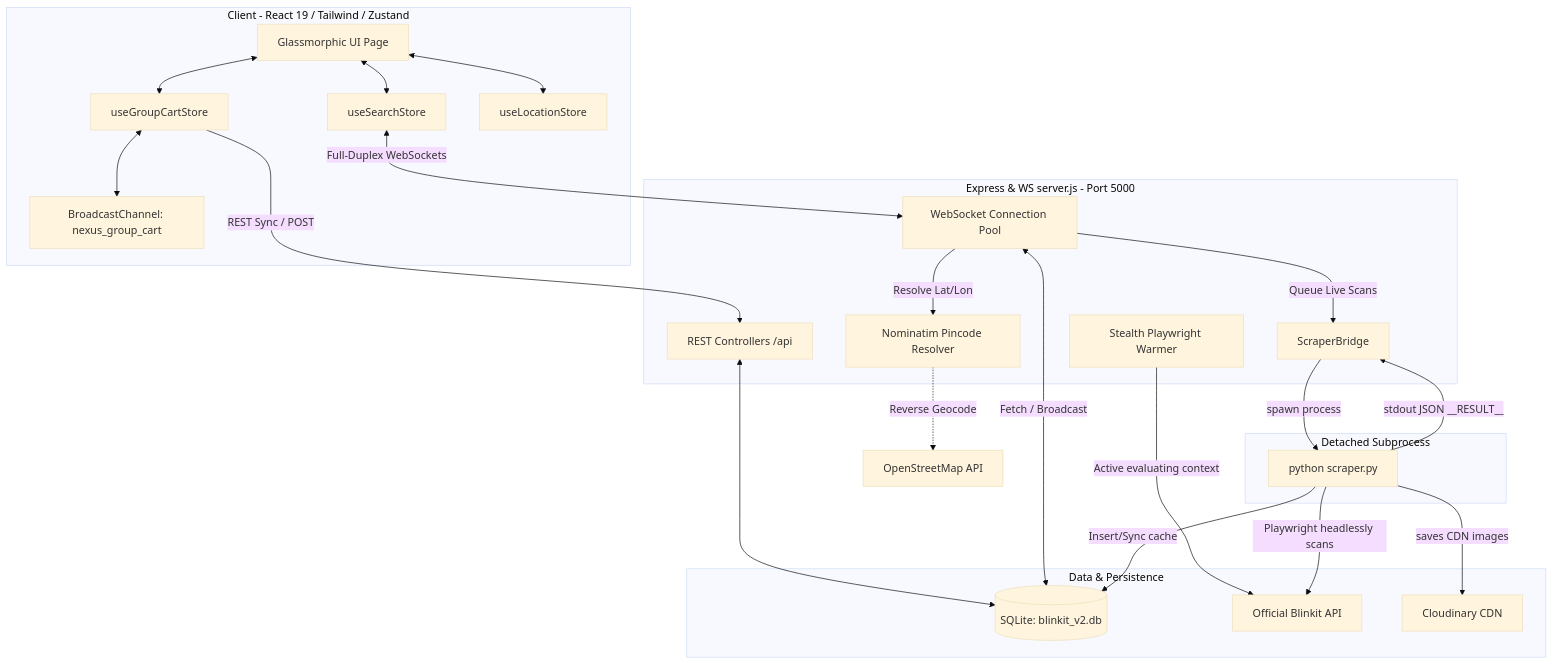
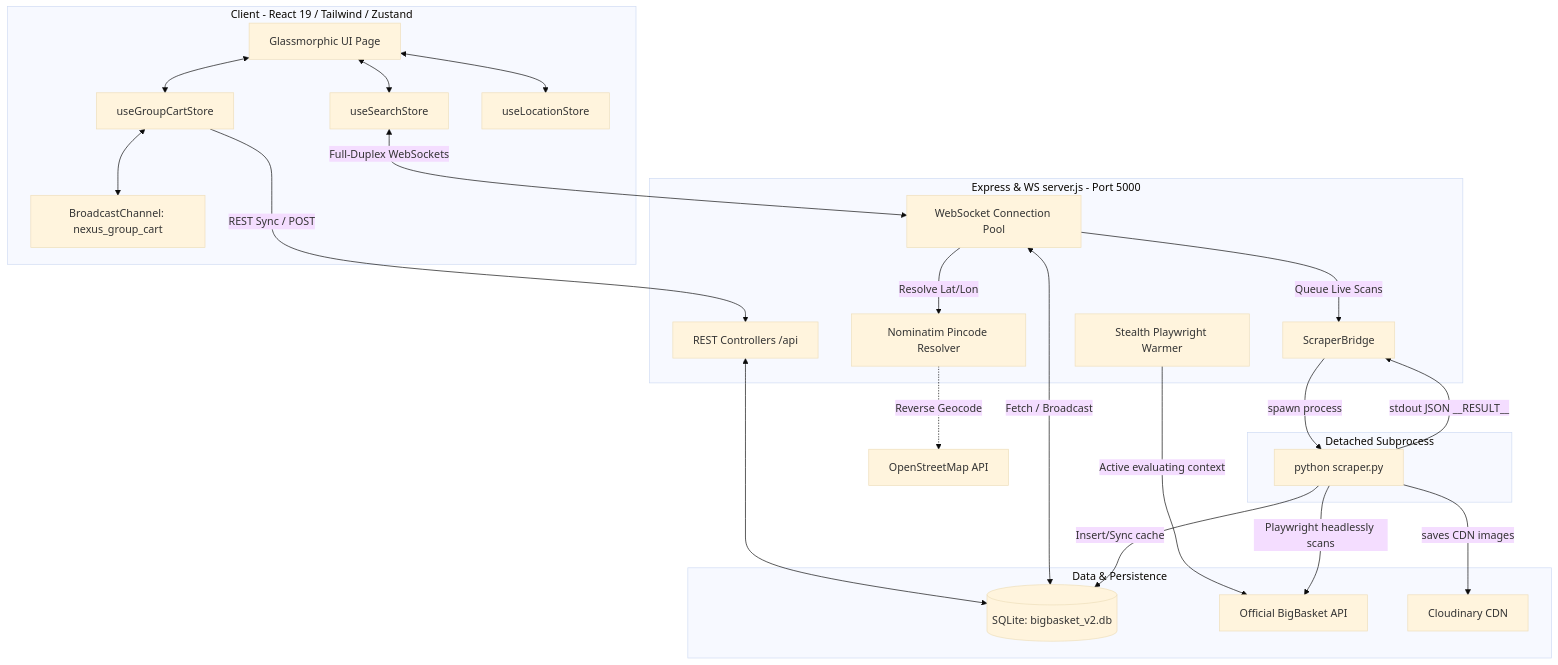
One commit to Vedant1442/NexusBigbasket changed the first of 2 diagrams in README.md. Above: the diagram before and after it, drawn with Mermaid (base theme). The commit also changed other lines of this file and 55 other files, not shown here.

First line of the commit message:
Switch Blinkit to BigBasket; add MongoDB & scrapers

````diff
--- a/README.md
+++ b/README.md
@@ -13,54 +13,54 @@
 ```mermaid
 flowchart TB
     %% Nodes
     subgraph Frontend [Client - React 19 / Tailwind / Zustand]
         UI[Glassmorphic UI Page]
         ZSearch[useSearchStore]
         ZGroup[useGroupCartStore]
         ZLoc[useLocationStore]
         BC[BroadcastChannel: nexus_group_cart]
     end
 
     subgraph Backend [Express & WS server.js - Port 5000]
         WS[WebSocket Connection Pool]
         HTTP[REST Controllers /api]
         Stealth[Stealth Playwright Warmer]
         Pincode[Nominatim Pincode Resolver]
         Bridge[ScraperBridge]
     end
 
     subgraph Data [Data & Persistence]
-        DB[(SQLite: blinkit_v2.db)]
-        BAPI[Official Blinkit API]
+        DB[(SQLite: bigbasket_v2.db)]
+        BAPI[Official BigBasket API]
         Cloud[Cloudinary CDN]
     end
 
     subgraph ScraperProc [Detached Subprocess]
         Scr[python scraper.py]
     end
 
     %% Connections
     UI <--> ZSearch
     UI <--> ZGroup
     UI <--> ZLoc
     ZGroup <--> BC
 
     %% WebSocket / HTTP Sync
     ZSearch <--> |Full-Duplex WebSockets| WS
     ZGroup --> |REST Sync / POST| HTTP
     HTTP <--> DB
     WS <--> |Fetch / Broadcast| DB
     WS --> |Queue Live Scans| Bridge
 
     %% Geocoding & Internal Fetch
     WS --> |Resolve Lat/Lon| Pincode
     Pincode -.-> |Reverse Geocode| OpenStreetMap[OpenStreetMap API]
     Stealth --> |Active evaluating context| BAPI
 
     %% Scraper bridge
     Bridge --> |spawn process| Scr
     Scr --> |Playwright headlessly scans| BAPI
     Scr --> |saves CDN images| Cloud
     Scr --> |Insert/Sync cache| DB
     Scr --> |stdout JSON __RESULT__| Bridge
 ```
````
